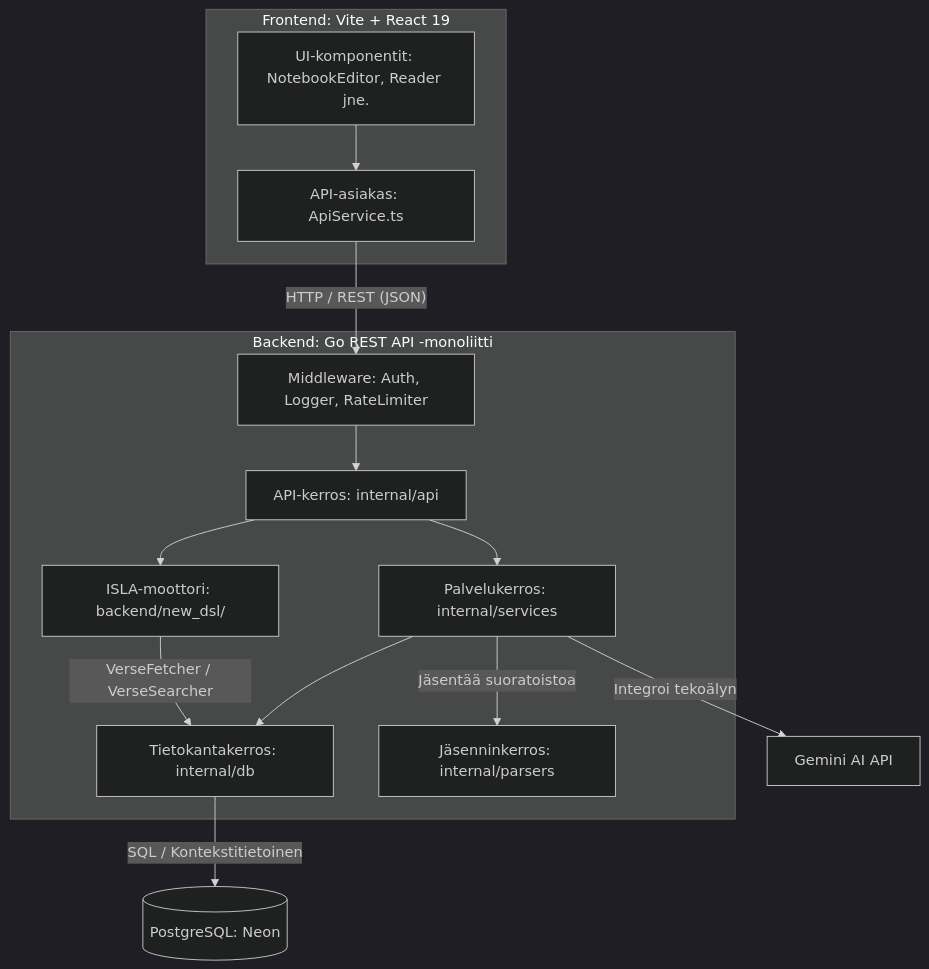
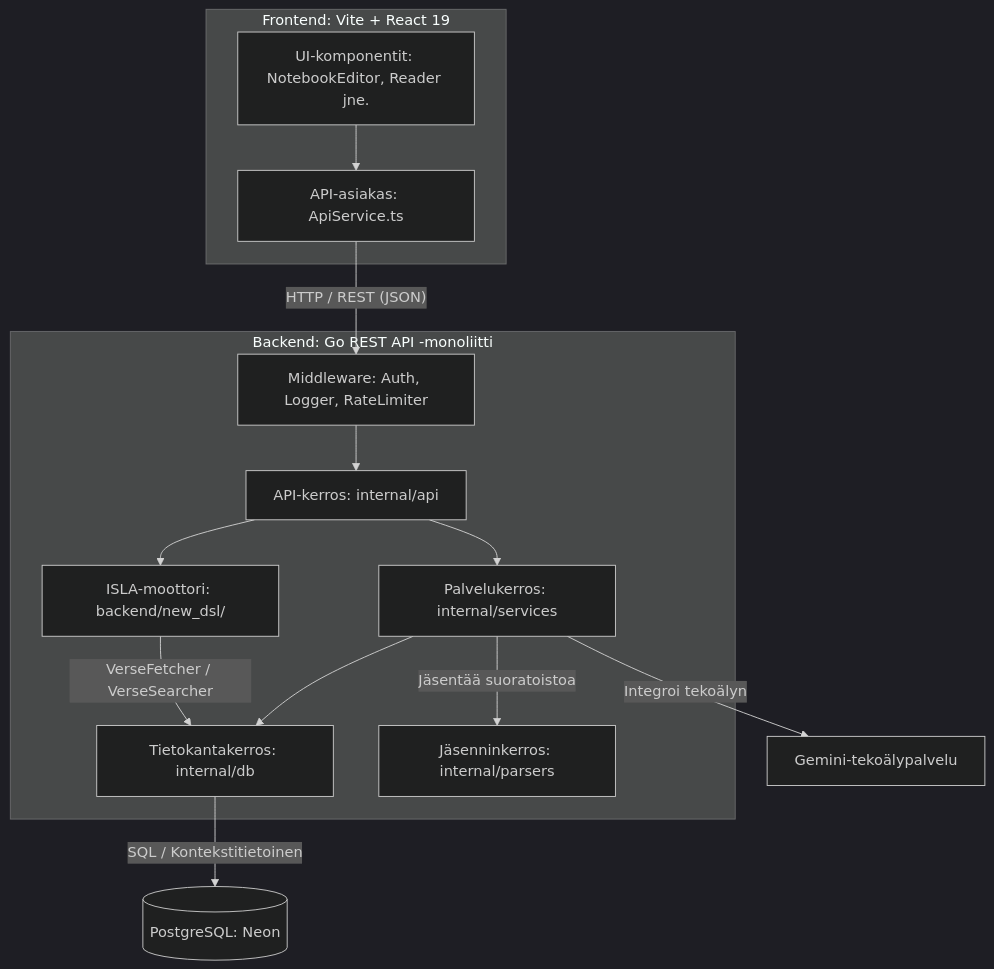
The diagram in docs/fi/architecture/overview.md (mvirtai/clible-v3-go), drawn with Mermaid (dark theme) before and after one commit. The commit also changed other lines of this file and 21 other files, not shown here.

````diff
--- a/docs/fi/architecture/overview.md
+++ b/docs/fi/architecture/overview.md
@@ -11,30 +11,30 @@
 ```mermaid
 graph TD
     subgraph Frontend_App ["Frontend: Vite + React 19"]
         UI["UI-komponentit: NotebookEditor, Reader jne."]
         API_CLIENT["API-asiakas: ApiService.ts"]
     end
 
     subgraph Backend_App ["Backend: Go REST API -monoliitti"]
         MW_LAYER["Middleware: Auth, Logger, RateLimiter"]
         API_LAYER["API-kerros: internal/api"]
         SVC_LAYER["Palvelukerros: internal/services"]
         ISLA_ENGINE["ISLA-moottori: backend/new_dsl/"]
         REP_LAYER["Tietokantakerros: internal/db"]
         PRS_LAYER["Jäsenninkerros: internal/parsers"]
     end
 
     DB[("PostgreSQL: Neon")]
-    AI["Gemini AI API"]
+    AI["Gemini-tekoälypalvelu"]
 
     UI --> API_CLIENT
     API_CLIENT -->|"HTTP / REST (JSON)"| MW_LAYER
     MW_LAYER --> API_LAYER
     API_LAYER --> SVC_LAYER
     API_LAYER --> ISLA_ENGINE
     SVC_LAYER --> REP_LAYER
     SVC_LAYER -->|"Jäsentää suoratoistoa"| PRS_LAYER
     SVC_LAYER -->|"Integroi tekoälyn"| AI
     ISLA_ENGINE -->|"VerseFetcher / VerseSearcher"| REP_LAYER
     REP_LAYER -->|"SQL / Kontekstitietoinen"| DB
 ```
````
